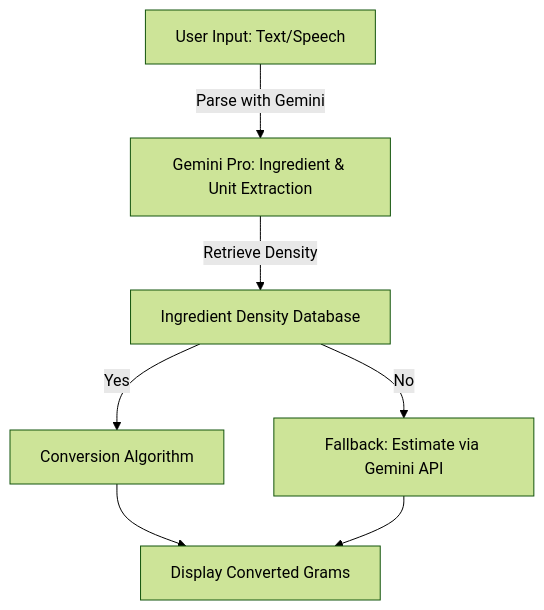
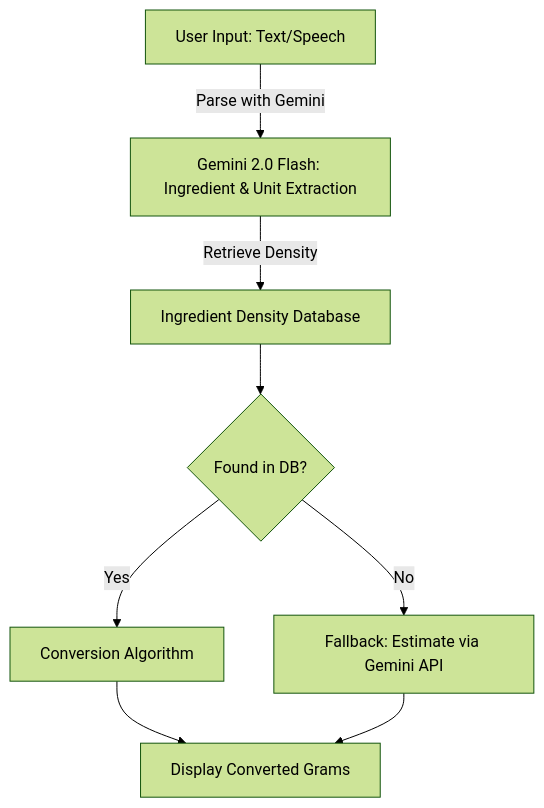
Before and after one commit to HarshaVardhan-AS/precisebake_backend: the diagram in README.md, drawn with Mermaid (forest theme).

````diff
--- a/README.md
+++ b/README.md
@@ -48,9 +48,10 @@
 ```mermaid
 graph TD;
-    A[User Input: Text/Speech] -->|Parse with Gemini| B[Gemini Pro: Ingredient & Unit Extraction];
+    A[User Input: Text/Speech] -->|Parse with Gemini| B[Gemini 2.0 Flash: Ingredient & Unit Extraction];
     B -->|Retrieve Density| C[Ingredient Density Database];
-    C -- Yes --> D[Conversion Algorithm];
-    C -- No --> E[Fallback: Estimate via Gemini API];
-    D --> G[Display Converted Grams];
-    E --> G;
+    C --> D{Found in DB?};
+    D -- Yes --> E[Conversion Algorithm];
+    D -- No --> F[Fallback: Estimate via Gemini API];
+    E --> G[Display Converted Grams];
+    F --> G;
 ```
````
